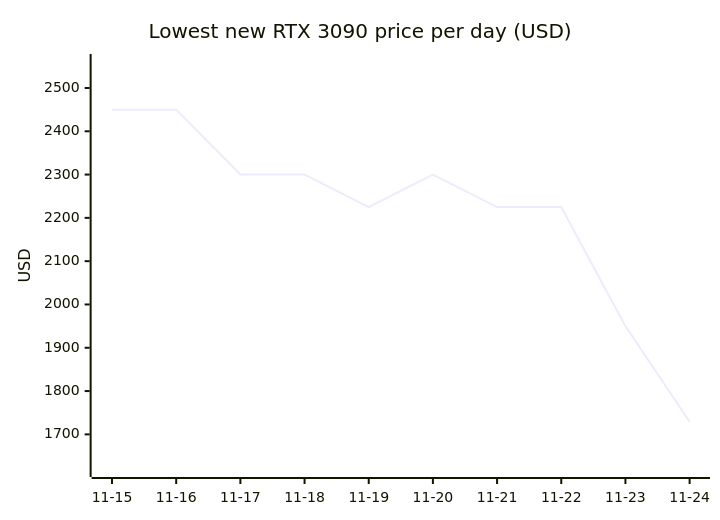
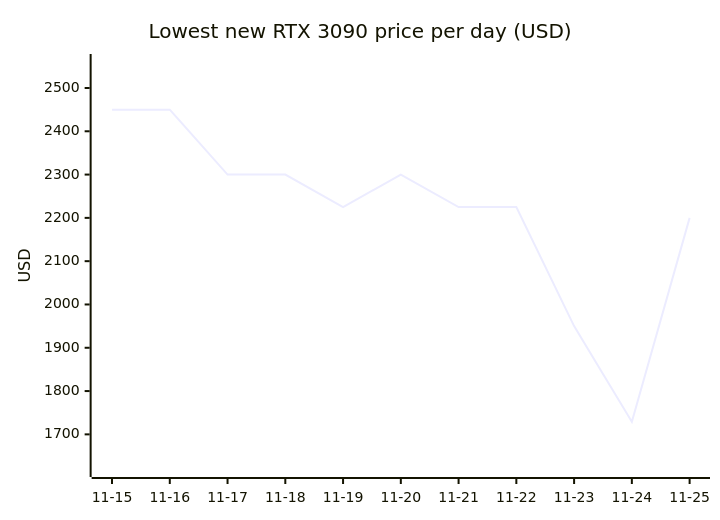
One commit to 7324136828/4tb_ssd_price_watch changed the ninth of 18 diagrams in README.md. Above: the diagram before and after it, drawn with Mermaid. The commit also changed other lines of this file, not shown here.

````diff
--- a/README.md
+++ b/README.md
@@ -948,7 +977,7 @@
 ```mermaid
 xychart-beta
     title "Lowest new RTX 3090 price per day (USD)"
-    x-axis ["11-15", "11-16", "11-17", "11-18", "11-19", "11-20", "11-21", "11-22", "11-23", "11-24"]
+    x-axis ["11-15", "11-16", "11-17", "11-18", "11-19", "11-20", "11-21", "11-22", "11-23", "11-24", "11-25"]
     y-axis "USD" 1620 --> 2560
-    line [2450.00, 2450.00, 2300.00, 2300.00, 2225.00, 2300.00, 2225.00, 2225.00, 1950.00, 1729.00]
+    line [2450.00, 2450.00, 2300.00, 2300.00, 2225.00, 2300.00, 2225.00, 2225.00, 1950.00, 1729.00, 2200.00]
 ```
````
